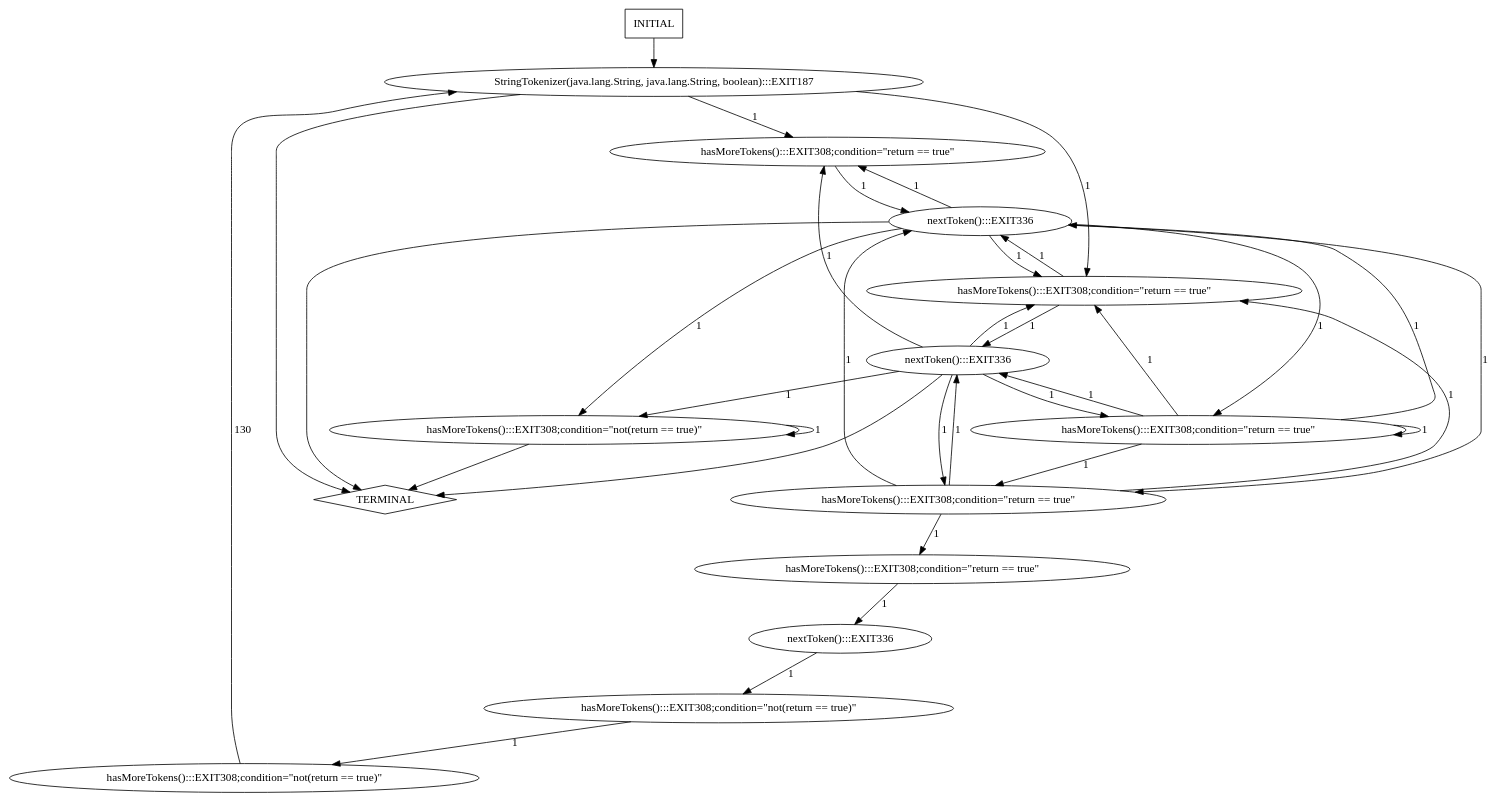
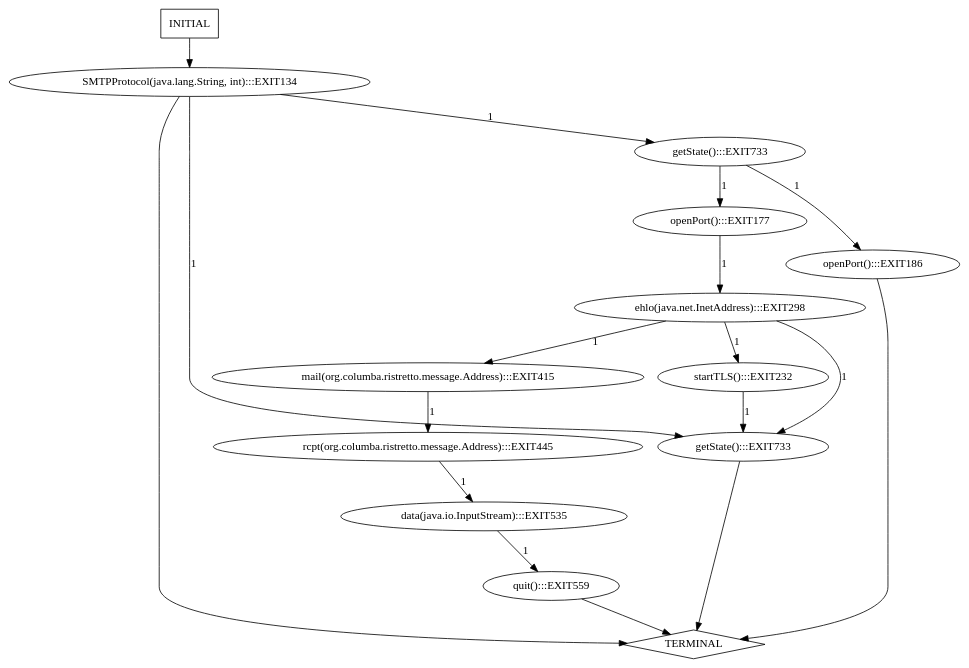
The diagram in bestchai-perfume-frontend-85f927d03b0c/tmp/perfumetest.dot (annadeng/Universal-Model-Inference), drawn with Graphviz before and after one commit. The commit also changed 10 other files, not shown here.

```diff
--- a/bestchai-perfume-frontend-85f927d03b0c/tmp/perfumetest.dot
+++ b/bestchai-perfume-frontend-85f927d03b0c/tmp/perfumetest.dot
@@ -1,50 +1,32 @@
 digraph G {
-  0 [label="StringTokenizer(java.lang.String, java.lang.String, boolean):::EXIT187"];
-  1 [label="hasMoreTokens():::EXIT308;condition=\"not(return == true)\""];
-  2 [label="hasMoreTokens():::EXIT308;condition=\"not(return == true)\""];
-  3 [label="hasMoreTokens():::EXIT308;condition=\"not(return == true)\""];
-  4 [label="hasMoreTokens():::EXIT308;condition=\"return == true\""];
-  5 [label="hasMoreTokens():::EXIT308;condition=\"return == true\""];
-  6 [label="hasMoreTokens():::EXIT308;condition=\"return == true\""];
-  7 [label="hasMoreTokens():::EXIT308;condition=\"return == true\""];
-  8 [label="hasMoreTokens():::EXIT308;condition=\"return == true\""];
-  9 [label="nextToken():::EXIT336"];
-  10 [label="nextToken():::EXIT336"];
-  11 [label="nextToken():::EXIT336"];
-  12 [label="TERMINAL",shape=diamond];
-  13 [label="INITIAL",shape=box];
-0->5 [label="1"];
-0->6 [label="1"];
-0->12 [label=""];
-1->0 [label="130"];
-2->1 [label="1"];
-3->3 [label="1"];
-3->12 [label=""];
-4->9 [label="1"];
-5->11 [label="1"];
-6->10 [label="1"];
-6->11 [label="1"];
-7->6 [label="1"];
-7->4 [label="1"];
-7->10 [label="1"];
-7->11 [label="1"];
-8->7 [label="1"];
-8->6 [label="1"];
-8->8 [label="1"];
-8->10 [label="1"];
-8->11 [label="1"];
-9->2 [label="1"];
+  0 [label="SMTPProtocol(java.lang.String, int):::EXIT134"];
+  1 [label="data(java.io.InputStream):::EXIT535"];
+  2 [label="ehlo(java.net.InetAddress):::EXIT298"];
+  3 [label="getState():::EXIT733"];
+  4 [label="getState():::EXIT733"];
+  5 [label="mail(org.columba.ristretto.message.Address):::EXIT415"];
+  6 [label="openPort():::EXIT177"];
+  7 [label="openPort():::EXIT186"];
+  8 [label="quit():::EXIT559"];
+  9 [label="rcpt(org.columba.ristretto.message.Address):::EXIT445"];
+  10 [label="startTLS():::EXIT232"];
+  11 [label="TERMINAL",shape=diamond];
+  12 [label="INITIAL",shape=box];
+0->3 [label="1"];
+0->4 [label="1"];
+0->11 [label=""];
+1->8 [label="1"];
+2->3 [label="1"];
+2->5 [label="1"];
+2->10 [label="1"];
+3->11 [label=""];
+4->6 [label="1"];
+4->7 [label="1"];
+5->9 [label="1"];
+6->2 [label="1"];
+7->11 [label=""];
+8->11 [label=""];
+9->1 [label="1"];
 10->3 [label="1"];
-10->5 [label="1"];
-10->8 [label="1"];
-10->6 [label="1"];
-10->7 [label="1"];
-10->12 [label=""];
-11->3 [label="1"];
-11->5 [label="1"];
-11->7 [label="1"];
-11->8 [label="1"];
-11->6 [label="1"];
-11->12 [label=""];
-13->0 [label=""];
+12->0 [label=""];
 }
```
